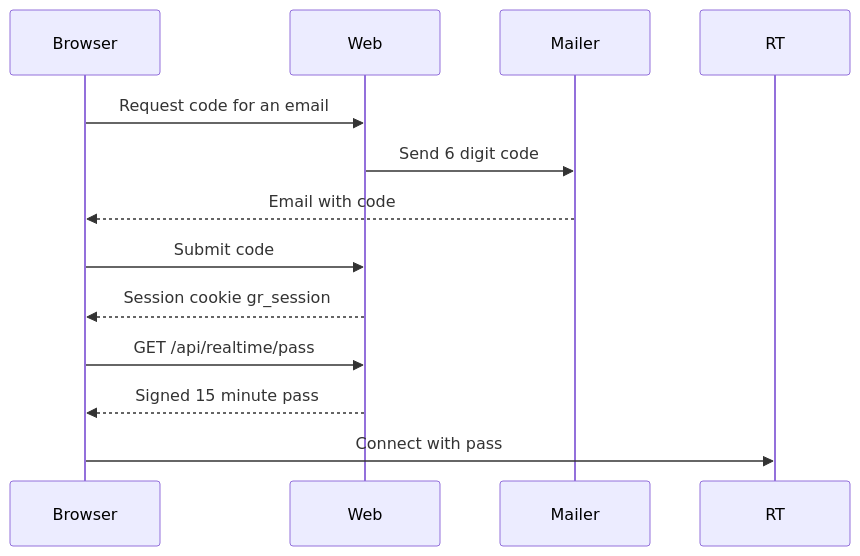
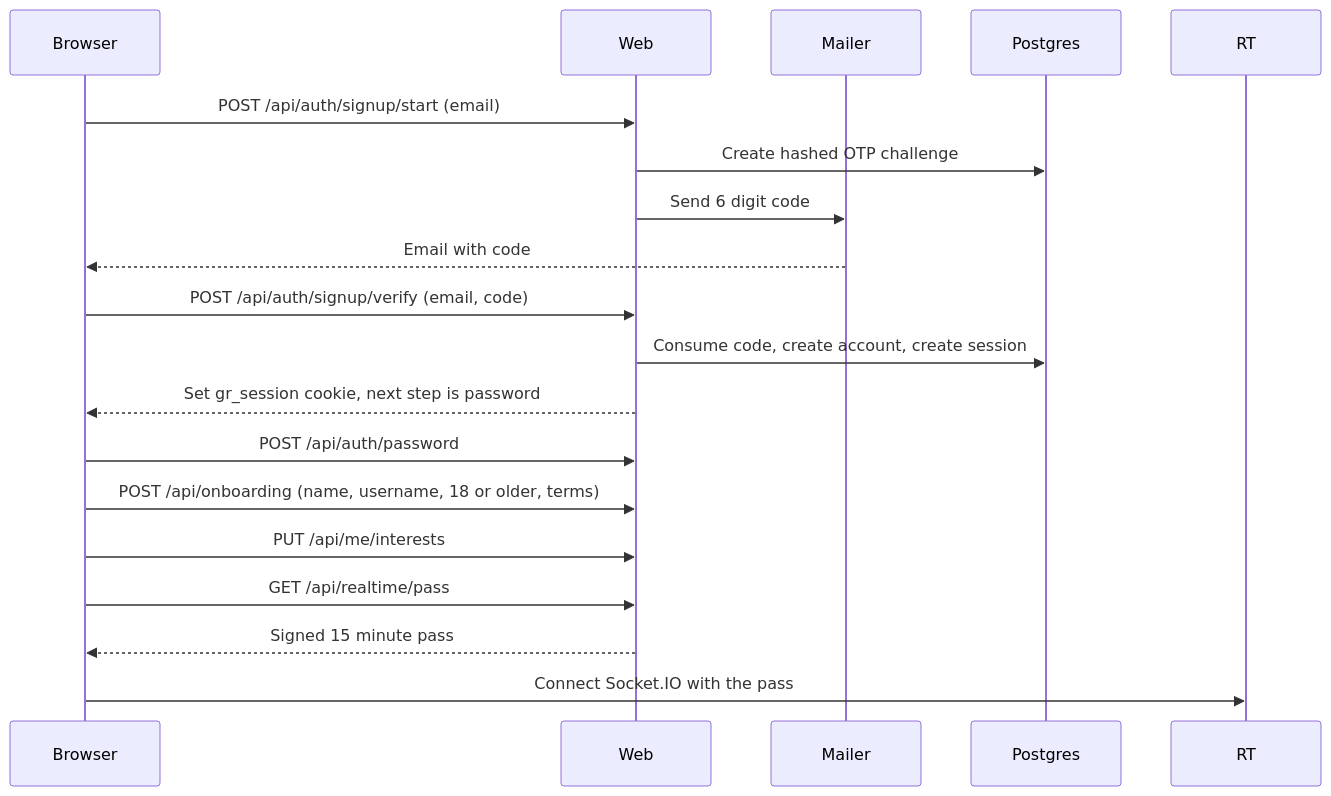
One commit to oyedokunken/gistroom changed the fifth of 16 diagrams in README.md. Above: the diagram before and after it, drawn with Mermaid. The commit also changed other lines of this file, not shown here.

Commit message:
Rewrite the README with a table of contents, diagrams, API reference and module overview

````diff
--- a/README.md
+++ b/README.md
@@ -74,14 +239,20 @@
 ```mermaid
 sequenceDiagram
   participant B as Browser
   participant W as Web
   participant M as Mailer
-  B->>W: Request code for an email
+  participant D as Postgres
+  B->>W: POST /api/auth/signup/start (email)
+  W->>D: Create hashed OTP challenge
   W->>M: Send 6 digit code
   M-->>B: Email with code
-  B->>W: Submit code
-  W-->>B: Session cookie gr_session
+  B->>W: POST /api/auth/signup/verify (email, code)
+  W->>D: Consume code, create account, create session
+  W-->>B: Set gr_session cookie, next step is password
+  B->>W: POST /api/auth/password
+  B->>W: POST /api/onboarding (name, username, 18 or older, terms)
+  B->>W: PUT /api/me/interests
   B->>W: GET /api/realtime/pass
   W-->>B: Signed 15 minute pass
-  B->>RT: Connect with pass
+  B->>RT: Connect Socket.IO with the pass
 ```
````
